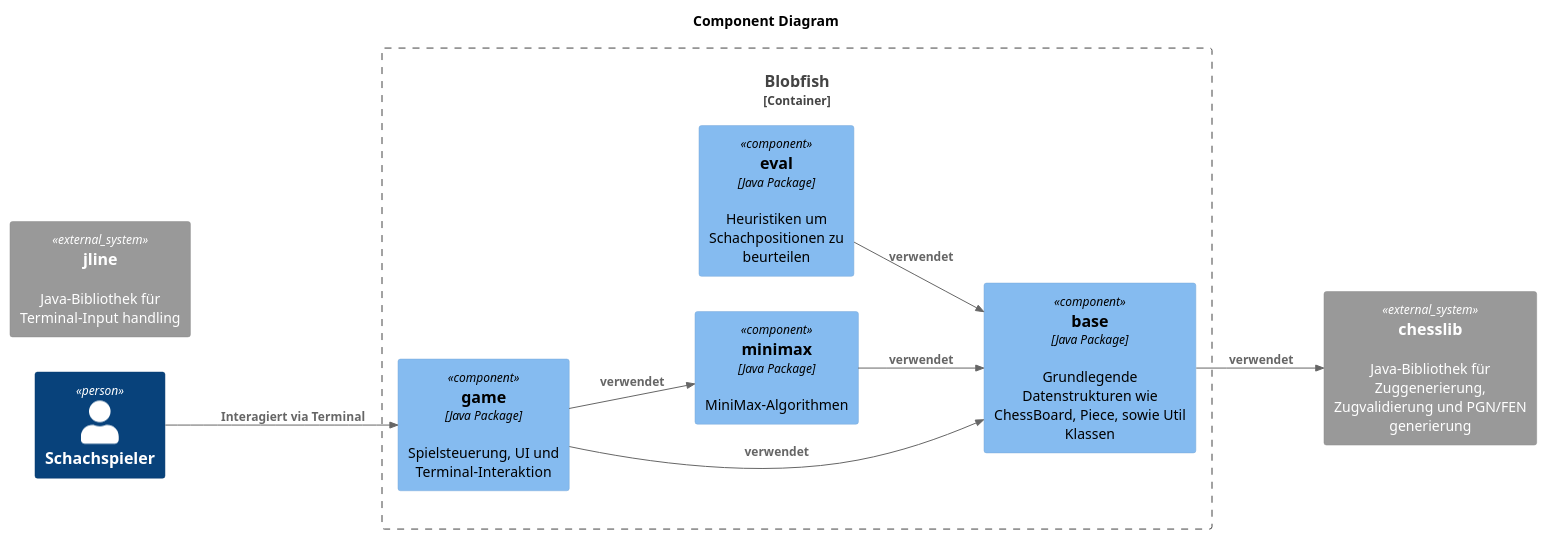
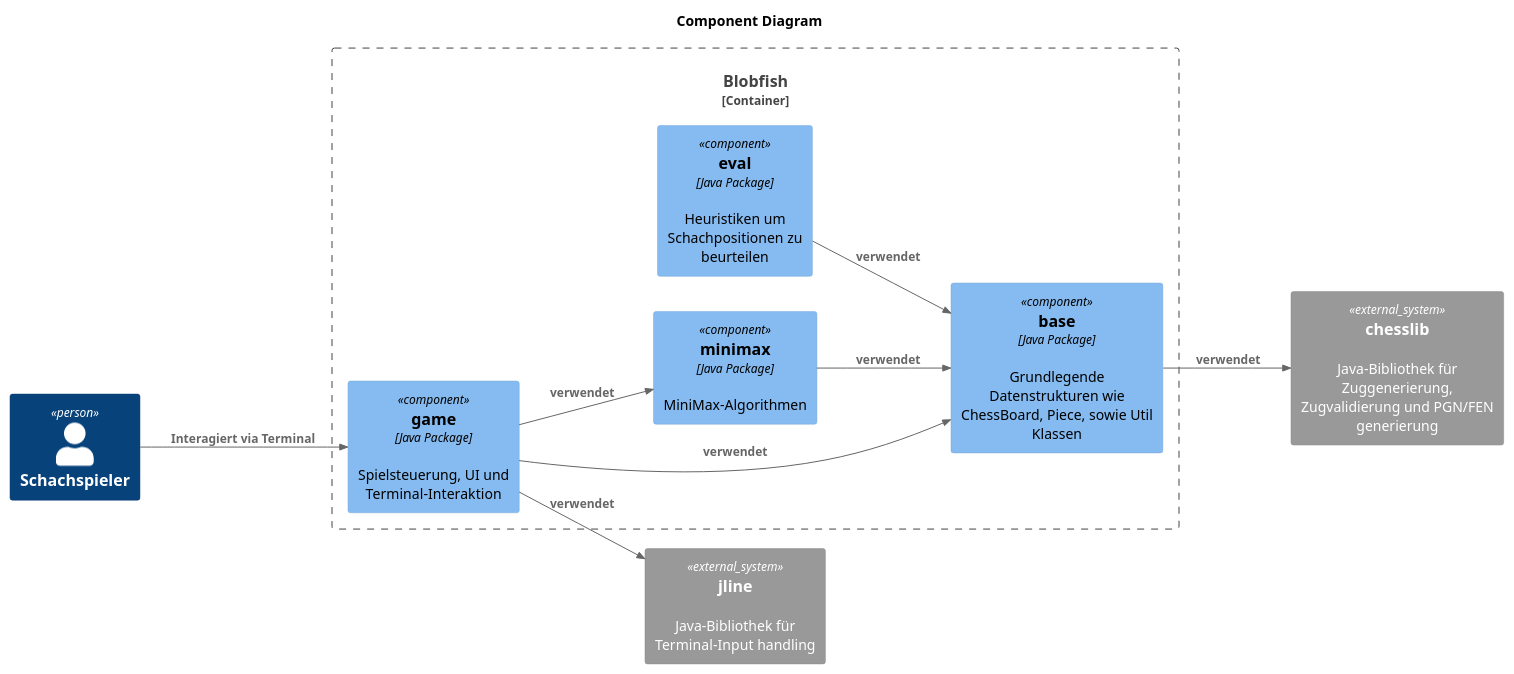
Before and after one commit to l2c0r3/blobfish: the diagram in docs/plantuml/softwarearchitektur/c4-component.puml, drawn with PlantUML. The commit also changed 1 other file, not shown here.

```diff
--- a/docs/plantuml/softwarearchitektur/c4-component.puml
+++ b/docs/plantuml/softwarearchitektur/c4-component.puml
@@ -1,32 +1,33 @@
 @startuml
 !include <C4/C4_Component>
 
 LAYOUT_LEFT_RIGHT()
 
 title Component Diagram
 
 Person(player, "Schachspieler")
 
 Container_Boundary(cli, "Blobfish") {
     Component(base, "base", "Java Package", "Grundlegende Datenstrukturen wie ChessBoard, Piece, sowie Util Klassen")
     Component(eval, "eval", "Java Package", "Heuristiken um Schachpositionen zu beurteilen")
     Component(game, "game", "Java Package", "Spielsteuerung, UI und Terminal-Interaktion")
     Component(minimax, "minimax", "Java Package", "MiniMax-Algorithmen")
 }
 
 System_Ext(chesslib, "chesslib", "Java-Bibliothek für Zuggenerierung, Zugvalidierung und PGN/FEN generierung")
 System_Ext(jline, "jline", "Java-Bibliothek für Terminal-Input handling")
 
 Rel(base, chesslib, "verwendet")
 
 Rel(eval, base, "verwendet")
 
 Rel(game, base, "verwendet")
 Rel(game, minimax, "verwendet")
+Rel(game, jline, "verwendet")
 
 Rel(minimax, base, "verwendet")
 
 Rel(player, game, "Interagiert via Terminal")
 
 
 @enduml
```
